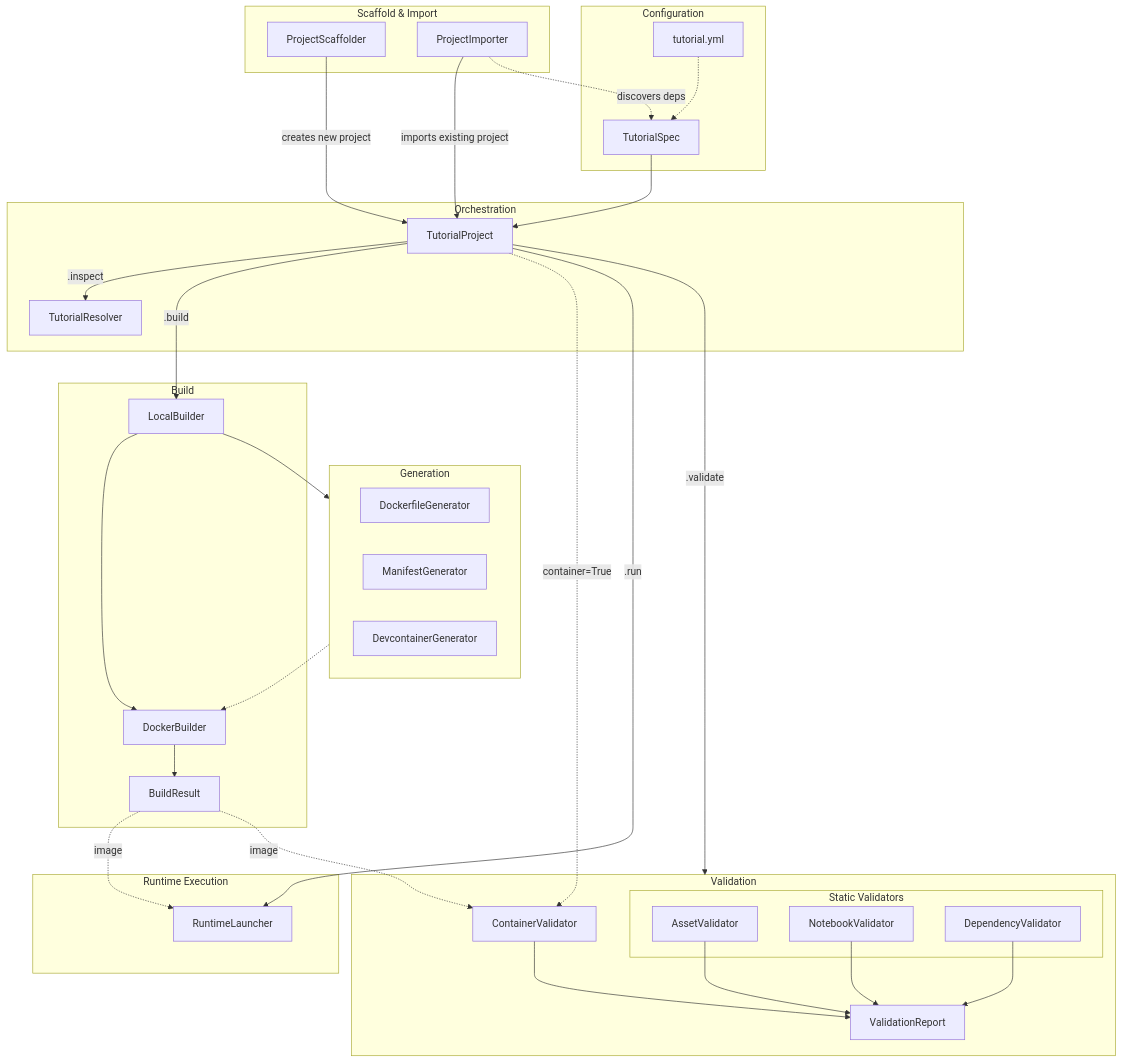
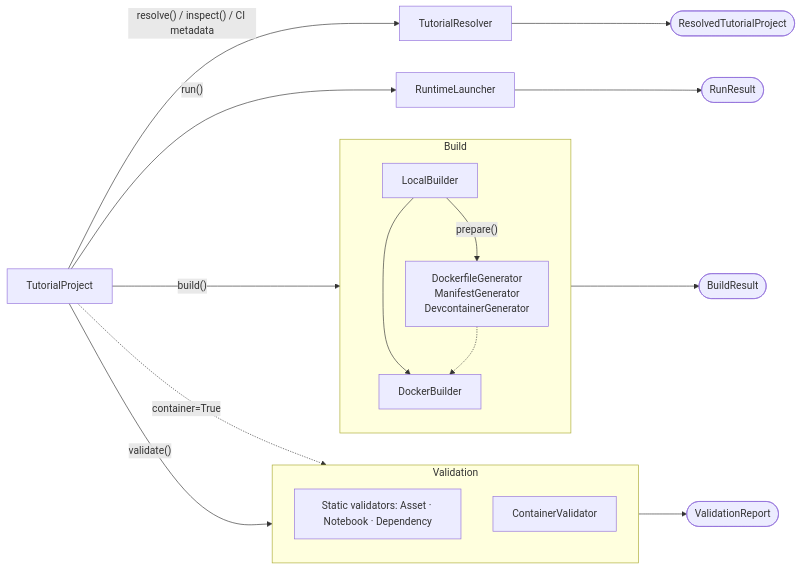
Before and after one commit to BNL-PESO-Hub/tutorial-sdk: the second of 4 diagrams in docs/architecture.md, drawn with Mermaid. The commit also changed other lines of this file and 21 other files, not shown here.

Commit message:
feat: add pluggable container backend layer and environment diagnostics

````diff
--- a/docs/architecture.md
+++ b/docs/architecture.md
@@ -11,65 +45,38 @@
 ```mermaid
-flowchart TD
+flowchart LR
 
-    subgraph Config_Layer ["Configuration"]
-        YAML[tutorial.yml] -.-> Spec[TutorialSpec]
+    subgraph Build["Build"]
+        direction TD
+        LocalBuilder["LocalBuilder"]
+        Generators["DockerfileGenerator<br/>ManifestGenerator<br/>DevcontainerGenerator"]
+        DockerBuilder["DockerBuilder"]
+        LocalBuilder -->|"prepare()"| Generators
+        LocalBuilder --> DockerBuilder
+        Generators -.-> DockerBuilder
     end
 
-    subgraph Scaffold_Layer ["Scaffold & Import"]
-        Scaffolder[ProjectScaffolder]
-        Importer[ProjectImporter]
+    subgraph Validation["Validation"]
+        direction TD
+        StaticVal["Static validators: Asset · Notebook · Dependency"]
+        ContainerVal["ContainerValidator"]
     end
 
-    subgraph Core_Orchestration ["Orchestration"]
-        Project[TutorialProject]
-        Resolver[TutorialResolver]
-    end
+    Project["TutorialProject"]
+    Resolver["TutorialResolver"]
+    Launcher["RuntimeLauncher"]
 
-    subgraph Generation_Layer ["Generation"]
-        DFGen[DockerfileGenerator]
-        MGen[ManifestGenerator]
-        DCGen[DevcontainerGenerator]
-    end
+    ResolvedProject(["ResolvedTutorialProject"])
+    BuildResult(["BuildResult"])
+    Report(["ValidationReport"])
+    RunResult(["RunResult"])
 
-    subgraph Build_Layer ["Build"]
-        LocalBuilder[LocalBuilder]
-        DockerBuilder[DockerBuilder]
-        BuildResult[BuildResult]
-    end
-
-    subgraph Validation_Layer ["Validation"]
-        subgraph Static_Checks ["Static Validators"]
-            AssetVal[AssetValidator]
-            NotebookVal[NotebookValidator]
-            DepVal[DependencyValidator]
-        end
-        ContainerVal[ContainerValidator]
-        ValidationReport[ValidationReport]
-    end
-
-    subgraph Execution_Layer ["Runtime Execution"]
-        Launcher[RuntimeLauncher]
-    end
-    
-    Scaffolder -->|creates new project| Project
-    Importer -->|imports existing project| Project
-    Importer -.->|discovers deps| Spec
-
-    Spec --> Project
-    Project -->|.inspect| Resolver
-
-    Project --->|.build| LocalBuilder
-    LocalBuilder --> Generation_Layer
-    Generation_Layer -.-> DockerBuilder
-    LocalBuilder --> DockerBuilder
-    DockerBuilder --> BuildResult
-
-    BuildResult -.->|image| Launcher
-    BuildResult -.->|image| ContainerVal
-    
-    Project -->|.validate| Validation_Layer
-    Project -.->|container=True| ContainerVal
-    AssetVal & NotebookVal & DepVal & ContainerVal --> ValidationReport
-
-    Project -->|.run| Launcher    
+    Project -->|"resolve() / inspect() / CI metadata"| Resolver
+    Resolver --> ResolvedProject
+    Project -->|"build()"| Build
+    Build --> BuildResult
+    Project -->|"validate()"| Validation
+    Project -.->|"container=True"| ContainerVal
+    Validation --> Report
+    Project -->|"run()"| Launcher
+    Launcher --> RunResult
 ```
````
